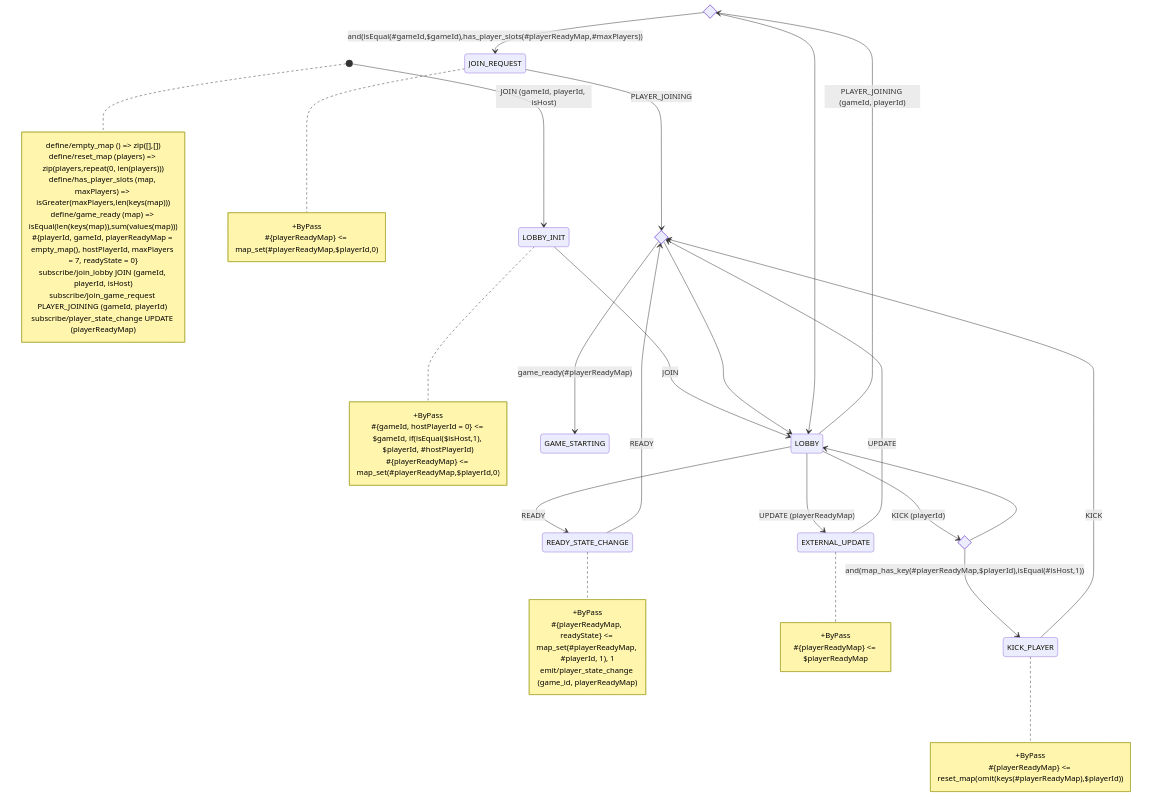
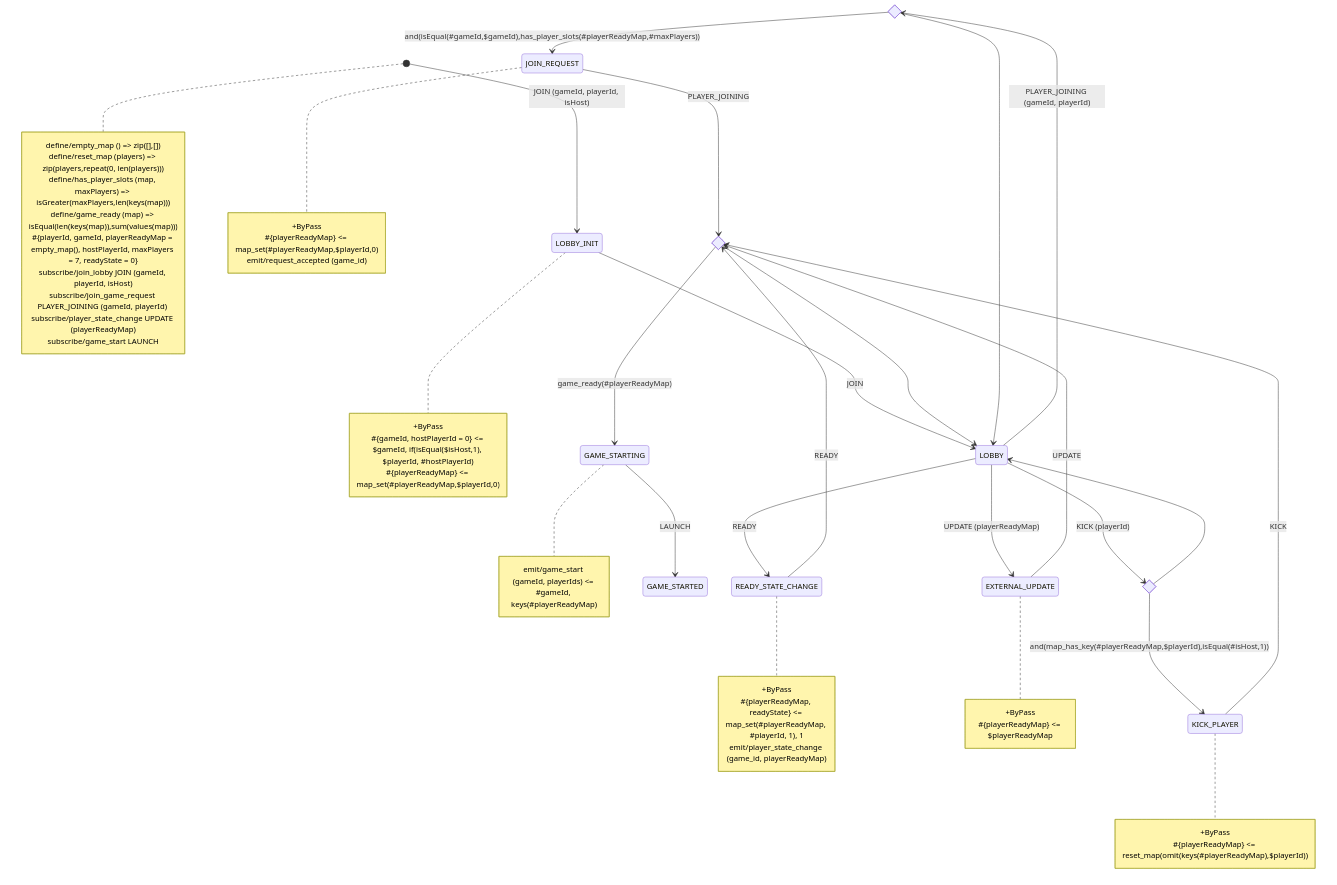
Before and after one commit to tfcp68/battle-farm: the second of 11 diagrams in docs/diagrams.md, drawn with Mermaid.

````diff
--- a/docs/diagrams.md
+++ b/docs/diagrams.md
@@ -85,55 +85,61 @@
 ```mermaid
 stateDiagram-v2
     state hasSpace <<choice>>
     state canKick <<choice>>
     state gameReady <<choice>>
     [*] --> LOBBY_INIT: JOIN (gameId, playerId, isHost)
     LOBBY --> hasSpace: PLAYER_JOINING (gameId, playerId)
     hasSpace --> JOIN_REQUEST: and(isEqual(#gameId,$gameId),has_player_slots(#playerReadyMap,#maxPlayers))
     LOBBY_INIT --> LOBBY: JOIN
     LOBBY --> EXTERNAL_UPDATE: UPDATE (playerReadyMap)
     LOBBY-->canKick: KICK (playerId)
     canKick-->KICK_PLAYER: and(map_has_key(#playerReadyMap,$playerId),isEqual(#isHost,1))
     KICK_PLAYER-->gameReady: KICK
     LOBBY --> READY_STATE_CHANGE: READY
     READY_STATE_CHANGE --> gameReady: READY
     EXTERNAL_UPDATE --> gameReady: UPDATE
     JOIN_REQUEST --> gameReady: PLAYER_JOINING
     gameReady --> GAME_STARTING: game_ready(#playerReadyMap)
     gameReady --> LOBBY
     hasSpace -->LOBBY 
     canKick --> LOBBY
+    GAME_STARTING-->GAME_STARTED: LAUNCH
 
 note right of [*]
 define/empty_map () => zip([],[])
 define/reset_map (players) => zip(players,repeat(0, len(players)))
 define/has_player_slots (map, maxPlayers) => isGreater(maxPlayers,len(keys(map)))
 define/game_ready (map) => isEqual(len(keys(map)),sum(values(map)))
 #{playerId, gameId, playerReadyMap = empty_map(), hostPlayerId, maxPlayers = 7, readyState = 0}
 subscribe/join_lobby JOIN (gameId, playerId, isHost)
 subscribe/join_game_request PLAYER_JOINING (gameId, playerId) 
 subscribe/player_state_change UPDATE (playerReadyMap)
+subscribe/game_start LAUNCH
 end note
 note right of LOBBY_INIT
 +ByPass
 #{gameId, hostPlayerId = 0} <= $gameId, if(isEqual($isHost,1), $playerId, #hostPlayerId)
 #{playerReadyMap} <= map_set(#playerReadyMap,$playerId,0)
 end note
 note right of JOIN_REQUEST
 +ByPass
 #{playerReadyMap} <= map_set(#playerReadyMap,$playerId,0)
+emit/request_accepted (game_id)
 end note
 note right of KICK_PLAYER
 +ByPass
 #{playerReadyMap} <= reset_map(omit(keys(#playerReadyMap),$playerId))
 end note
 note right of READY_STATE_CHANGE
 +ByPass
 #{playerReadyMap, readyState} <= map_set(#playerReadyMap, #playerId, 1), 1
 emit/player_state_change (game_id, playerReadyMap)
 end note
 note right of EXTERNAL_UPDATE
 +ByPass
 #{playerReadyMap} <= $playerReadyMap
 end note
+note right of GAME_STARTING
+emit/game_start (gameId, playerIds) <= #gameId, keys(#playerReadyMap)
+end note
 ```
````
